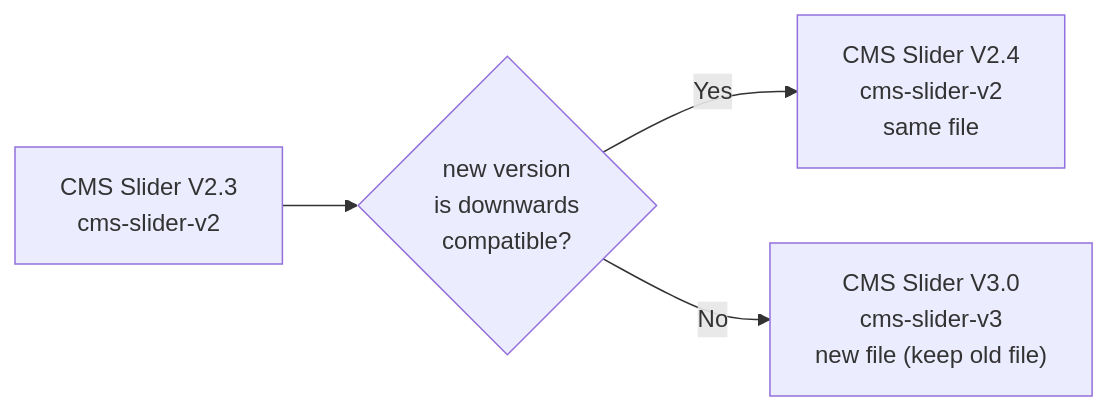
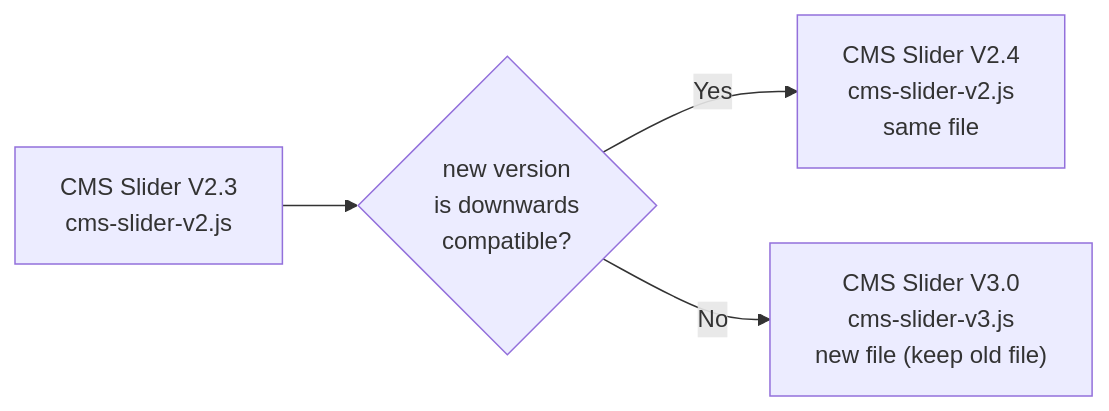
Before and after one commit to WeAreMomentum/library: the diagram in README.md, drawn with Mermaid. The commit also changed other lines of this file, not shown here.

Commit message:
flowchart in readme

````diff
--- a/README.md
+++ b/README.md
@@ -23,18 +24,18 @@
 ```mermaid
 flowchart LR
     v23["CMS Slider V2.3
-    cms-slider-v2"]
+    cms-slider-v2.js"]
     cond{"new version
     is downwards
     compatible?"}
     v24["CMS Slider V2.4
-    cms-slider-v2
+    cms-slider-v2.js
     same file"]
     v30["CMS Slider V3.0
-    cms-slider-v3
+    cms-slider-v3.js
     new file (keep old file)"]
 
     v23 --> cond
     cond -->|Yes| v24
     cond -->|No| v30
 ```
````
